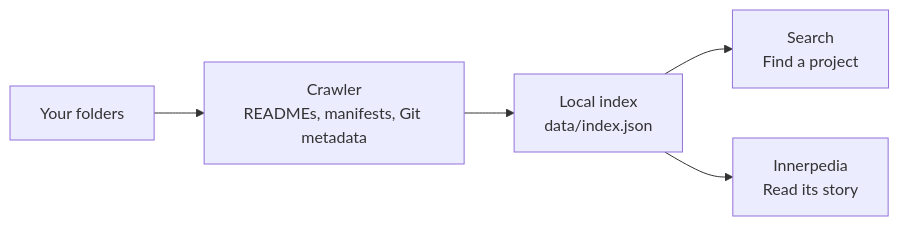
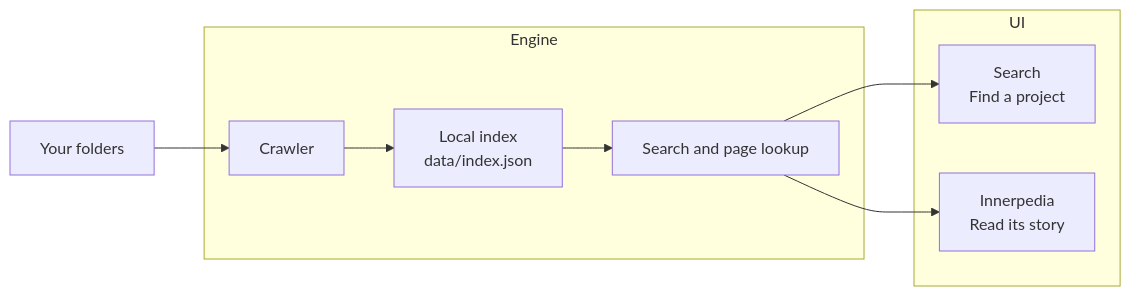
The diagram in README.md (quirq-ai/innernet), drawn with Mermaid before and after one commit. The commit also changed other lines of this file and 2 other files, not shown here.

Commit message:
docs: split project guidance into engine and UI readmes

````diff
--- a/README.md
+++ b/README.md
@@ -34,7 +34,12 @@
 ```mermaid
 flowchart LR
-    folders["Your folders"] --> crawler["Crawler<br>READMEs, manifests, Git metadata"]
-    crawler --> index["Local index<br>data/index.json"]
-    index --> search["Search<br>Find a project"]
-    index --> wiki["Innerpedia<br>Read its story"]
+    folders["Your folders"] --> crawler
+    subgraph engine["Engine"]
+      crawler["Crawler"] --> index["Local index<br>data/index.json"]
+      index --> lookup["Search and page lookup"]
+    end
+    subgraph ui["UI"]
+      lookup --> search["Search<br>Find a project"]
+      lookup --> wiki["Innerpedia<br>Read its story"]
+    end
 ```
````
